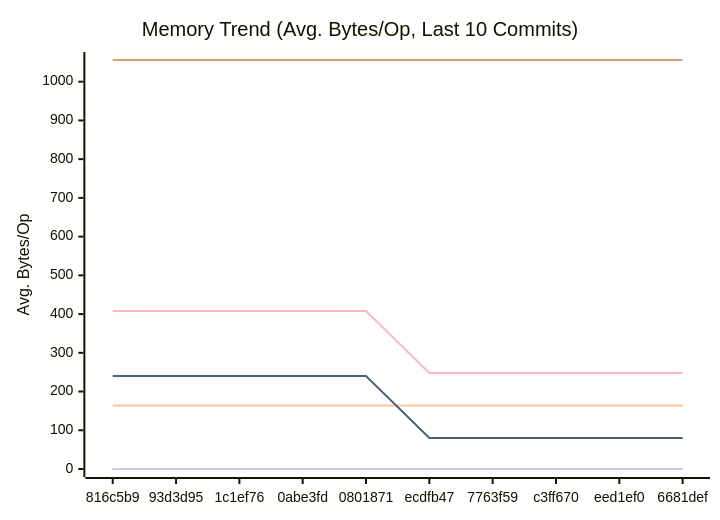
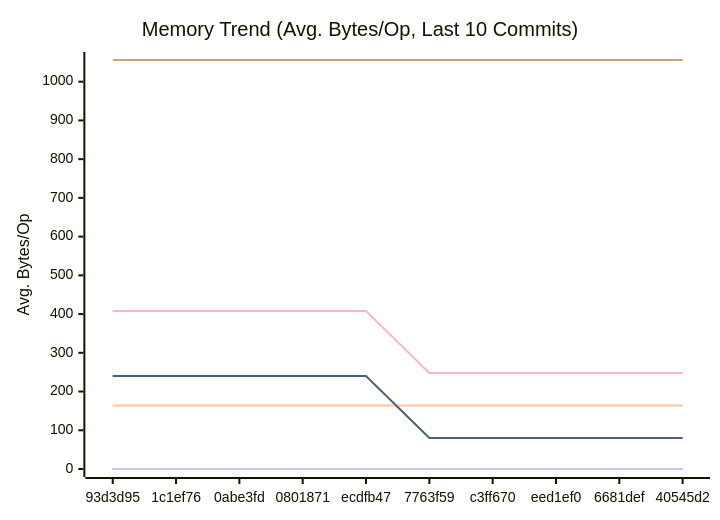
Before and after one commit to alsotoes/momo: the second of 3 diagrams in docs/PERFORMANCE.md, drawn with Mermaid. The commit also changed other lines of this file and 1 other file, not shown here.

````diff
--- a/docs/PERFORMANCE.md
+++ b/docs/PERFORMANCE.md
@@ -97,16 +97,16 @@
 ```mermaid
 xychart-beta
     title "Memory Trend (Avg. Bytes/Op, Last 10 Commits)"
     x-axis "Commit"
     y-axis "Avg. Bytes/Op"
-    x-axis [816c5b9,93d3d95,1c1ef76,0abe3fd,0801871,ecdfb47,7763f59,c3ff670,eed1ef0,6681def]
+    x-axis [93d3d95,1c1ef76,0abe3fd,0801871,ecdfb47,7763f59,c3ff670,eed1ef0,6681def,40545d2]
     line "CheckMetricsAndSwap" [0,0,0,0,0,0,0,0,0,0]
     line "CrushOptimized" [0,0,0,0,0,0,0,0,0,0]
     line "CrushOriginal" [164,164,164,164,164,164,164,164,164,164]
     line "IndexDirectTracking" [0,0,0,0,0,0,0,0,0,0]
     line "IndexSearch" [0,0,0,0,0,0,0,0,0,0]
     line "LoadGlobalConfig" [1056,1056,1056,1056,1056,1056,1056,1056,1056,1056]
     line "PadString" [0,0,0,0,0,0,0,0,0,0]
     line "ParseReplicationOrder_NoPrealloc" [408,408,408,408,408,248,248,248,248,248]
     line "ParseReplicationOrder_Prealloc" [240,240,240,240,240,80,80,80,80,80]
 ```
````
